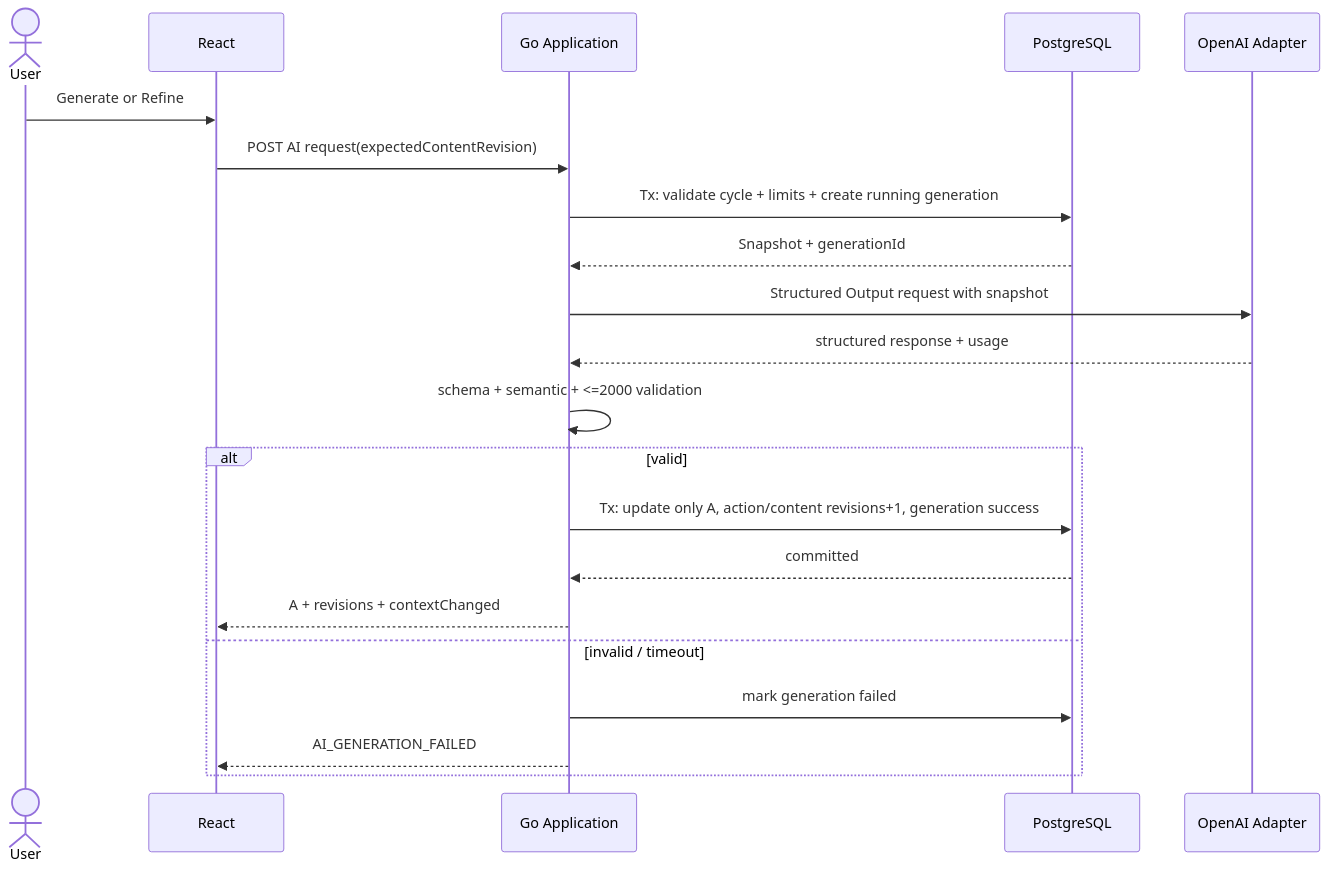
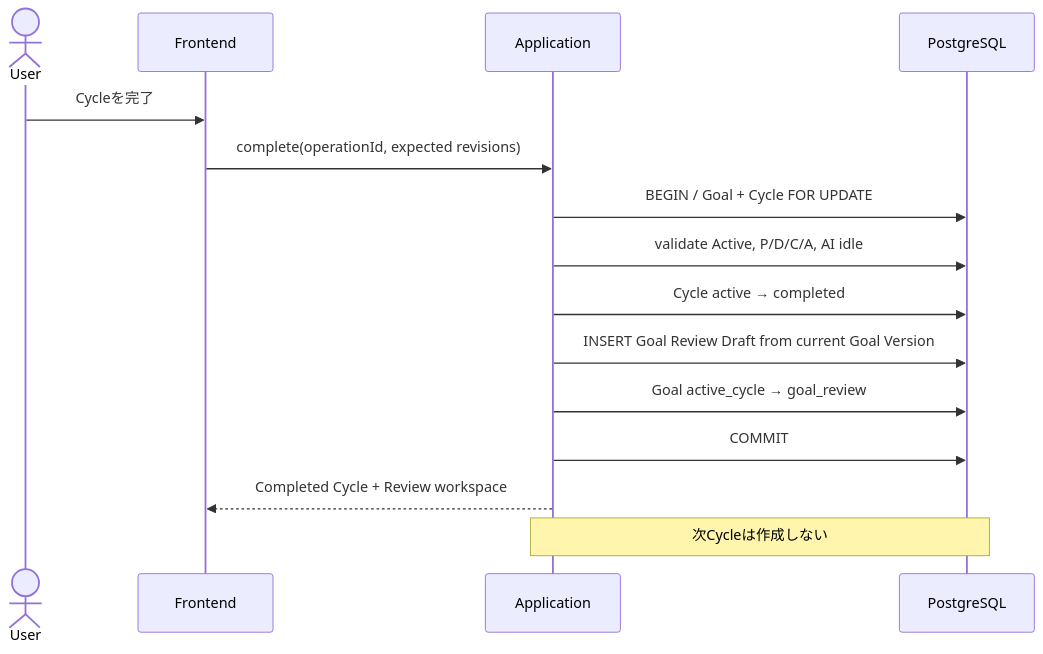
One commit to fukamu/cycle changed the eighth of 12 diagrams in docs/design.md. Above: the diagram before and after it, drawn with Mermaid. The commit also changed other lines of this file, not shown here.

Commit message:
docs: install current PDCAI source of truth

````diff
--- a/docs/design.md
+++ b/docs/design.md
@@ -477,24 +1930,18 @@
 ```mermaid
 sequenceDiagram
     actor U as User
-    participant F as React
-    participant B as Go Application
+    participant F as Frontend
+    participant B as Application
     participant DB as PostgreSQL
-    participant AI as OpenAI Adapter
 
-    U->>F: Generate or Refine
-    F->>B: POST AI request(expectedContentRevision)
-    B->>DB: Tx: validate cycle + limits + create running generation
-    DB-->>B: Snapshot + generationId
-    B->>AI: Structured Output request with snapshot
-    AI-->>B: structured response + usage
-    B->>B: schema + semantic + <=2000 validation
-    alt valid
-        B->>DB: Tx: update only A, action/content revisions+1, generation success
-        DB-->>B: committed
-        B-->>F: A + revisions + contextChanged
-    else invalid / timeout
-        B->>DB: mark generation failed
-        B-->>F: AI_GENERATION_FAILED
-    end
+    U->>F: Cycleを完了
+    F->>B: complete(operationId, expected revisions)
+    B->>DB: BEGIN / Goal + Cycle FOR UPDATE
+    B->>DB: validate Active, P/D/C/A, AI idle
+    B->>DB: Cycle active → completed
+    B->>DB: INSERT Goal Review Draft from current Goal Version
+    B->>DB: Goal active_cycle → goal_review
+    B->>DB: COMMIT
+    B-->>F: Completed Cycle + Review workspace
+    Note over B,DB: 次Cycleは作成しない
 ```
````
